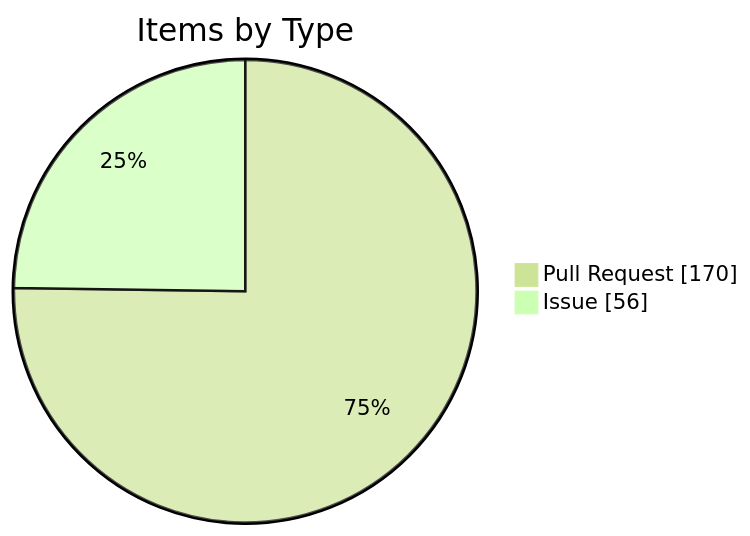
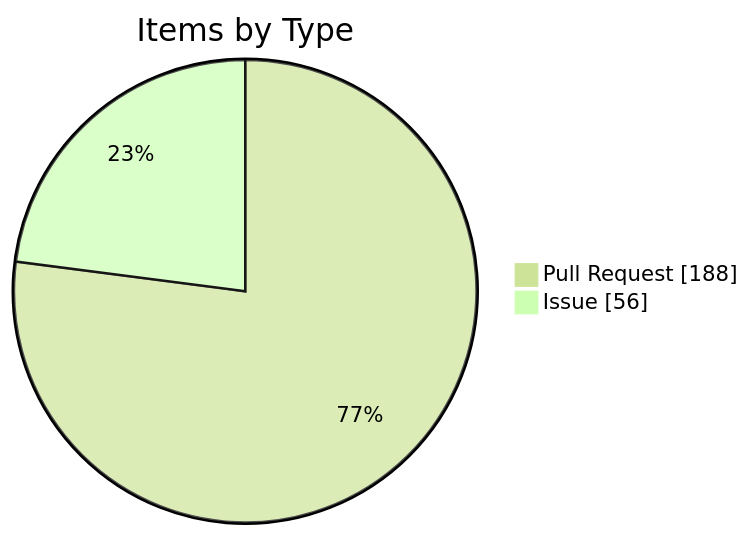
One commit to KBVE/kbve changed the fourth of 4 diagrams in apps/kbve/astro-kbve/src/content/docs/dashboard/kanban-data.mdx. Above: the diagram before and after it, drawn with Mermaid (forest theme). The commit also changed other lines of this file and 8 other files, not shown here.

````diff
--- a/apps/kbve/astro-kbve/src/content/docs/dashboard/kanban-data.mdx
+++ b/apps/kbve/astro-kbve/src/content/docs/dashboard/kanban-data.mdx
@@ -116,6 +116,6 @@
 ```mermaid
 pie showData
     title Items by Type
-    "Pull Request" : 170
+    "Pull Request" : 188
     "Issue" : 56
 ```
````
